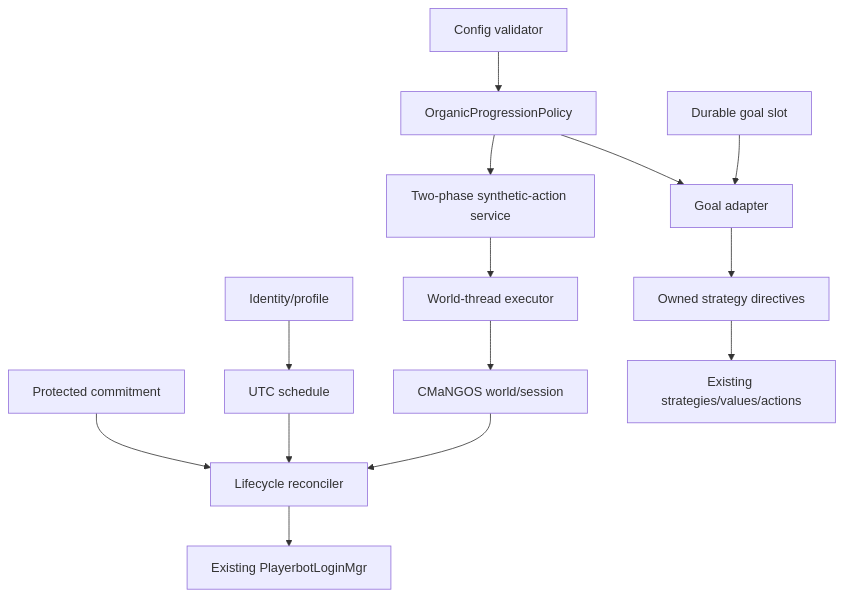
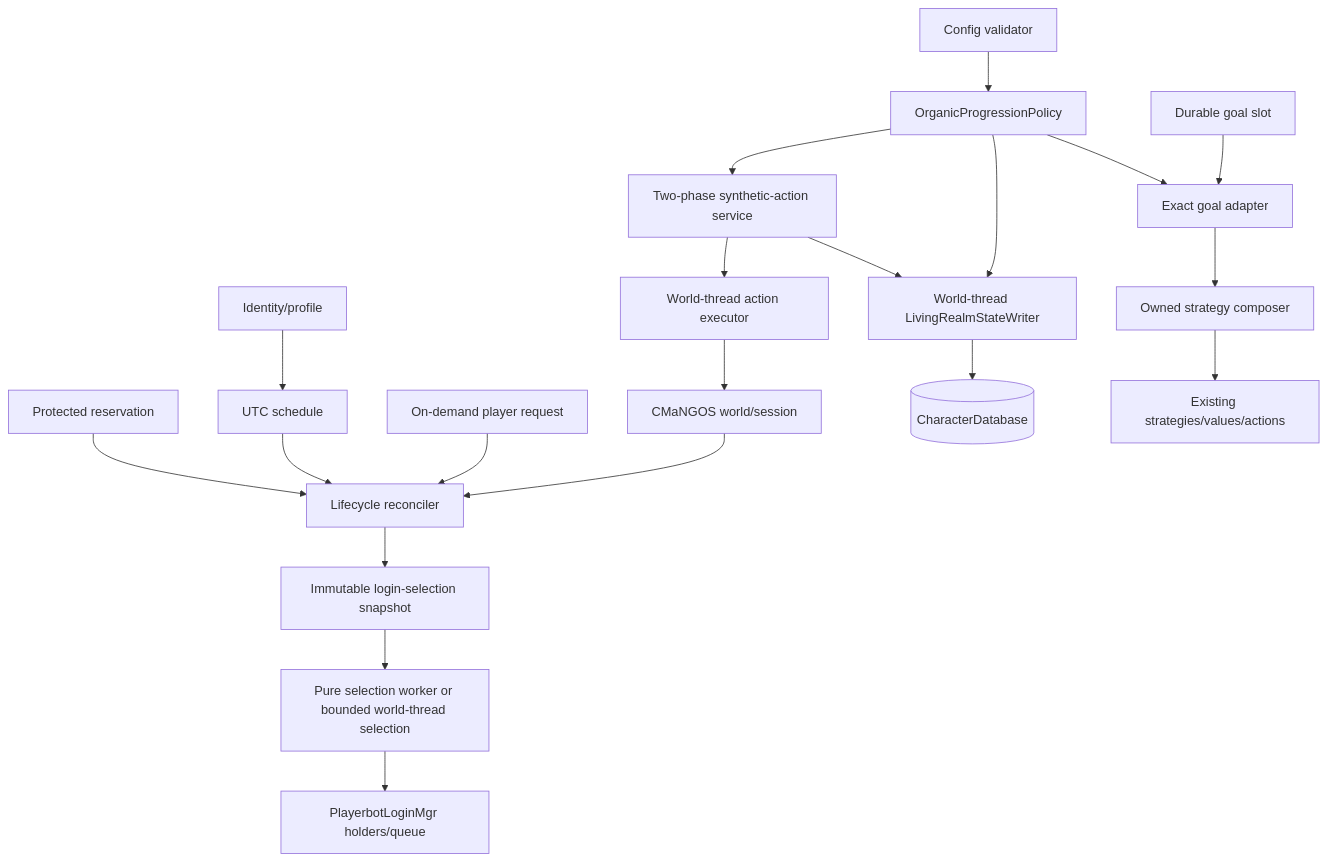
Before and after one commit to Tansien/playerbots: the diagram in docs/design/0001-living-realm.md, drawn with Mermaid. The commit also changed other lines of this file, not shown here.

Commit message:
docs: revise Living Realm umbrella architecture

````diff
--- a/docs/design/0001-living-realm.md
+++ b/docs/design/0001-living-realm.md
@@ -79,16 +134,22 @@
 ```mermaid
 flowchart TD
   CFG[Config validator] --> POLICY[OrganicProgressionPolicy]
   CORE[CMaNGOS world/session] --> RECON[Lifecycle reconciler]
   PROFILE[Identity/profile] --> SCHED[UTC schedule]
+  REQUEST[On-demand player request] --> RECON
   SCHED --> RECON
-  COMMIT[Protected commitment] --> RECON
-  RECON --> LOGIN[Existing PlayerbotLoginMgr]
-  GOAL[Durable goal slot] --> ADAPTER[Goal adapter]
+  COMMIT[Protected reservation] --> RECON
+  RECON --> SNAP[Immutable login-selection snapshot]
+  SNAP --> SELECT[Pure selection worker or bounded world-thread selection]
+  SELECT --> LOGIN[PlayerbotLoginMgr holders/queue]
+  WRITER[World-thread LivingRealmStateWriter] --> DB[(CharacterDatabase)]
+  POLICY --> WRITER
+  GOAL[Durable goal slot] --> ADAPTER[Exact goal adapter]
   POLICY --> ADAPTER
-  ADAPTER --> OVERLAY[Owned strategy directives]
+  ADAPTER --> OVERLAY[Owned strategy composer]
   OVERLAY --> EXEC[Existing strategies/values/actions]
   POLICY --> AUDIT[Two-phase synthetic-action service]
-  AUDIT --> WORLD[World-thread executor]
+  AUDIT --> WRITER
+  AUDIT --> WORLD[World-thread action executor]
   WORLD --> CORE
 ```
````
